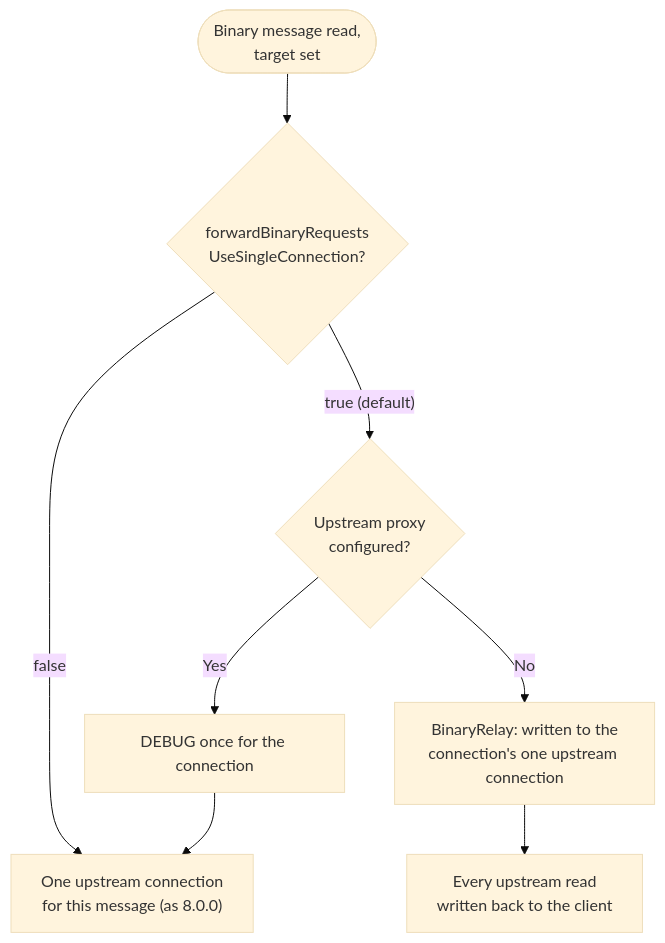
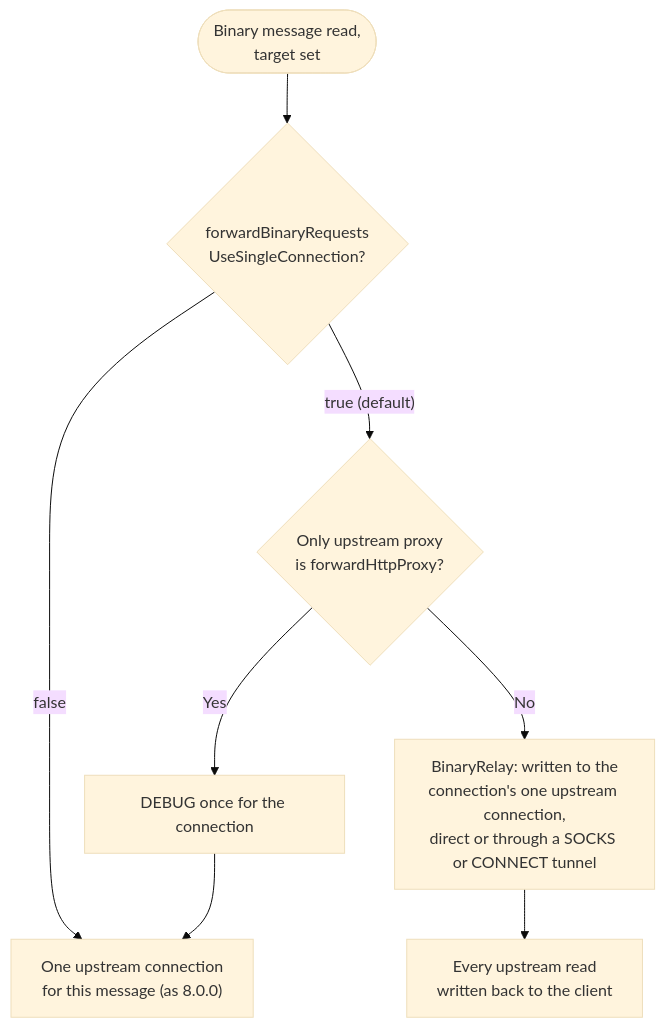
Diagram 29 of 33 in docs/code/netty-pipeline.md (inspire12/mockserver), drawn with Mermaid (base theme) before and after one commit. The commit also changed other lines of this file and 29 other files, not shown here.

````diff
--- a/docs/code/netty-pipeline.md
+++ b/docs/code/netty-pipeline.md
@@ -2445,15 +2445,16 @@
 ```mermaid
 flowchart TD
     MSG(["Binary message read,
 target set"]) --> ON{"forwardBinaryRequests
 UseSingleConnection?"}
     ON -->|"false"| PER["One upstream connection
 for this message (as 8.0.0)"]
-    ON -->|"true (default)"| WHY{"Upstream proxy
-configured?"}
+    ON -->|"true (default)"| WHY{"Only upstream proxy
+is forwardHttpProxy?"}
     WHY -->|"Yes"| DEBUG["DEBUG once for the connection"] --> PER
     WHY -->|"No"| RELAY["BinaryRelay: written to the
-connection's one upstream connection"]
+connection's one upstream connection,
+direct or through a SOCKS or CONNECT tunnel"]
     RELAY --> BACK["Every upstream read
 written back to the client"]
 ```
````
